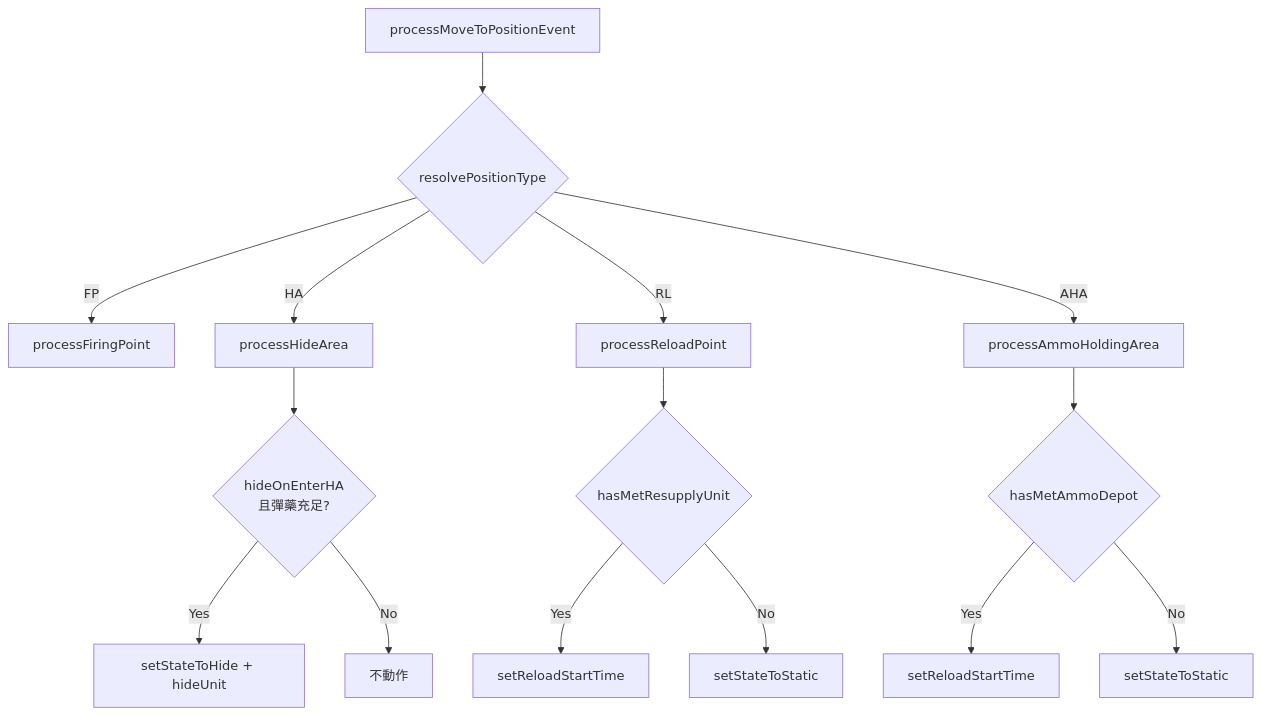
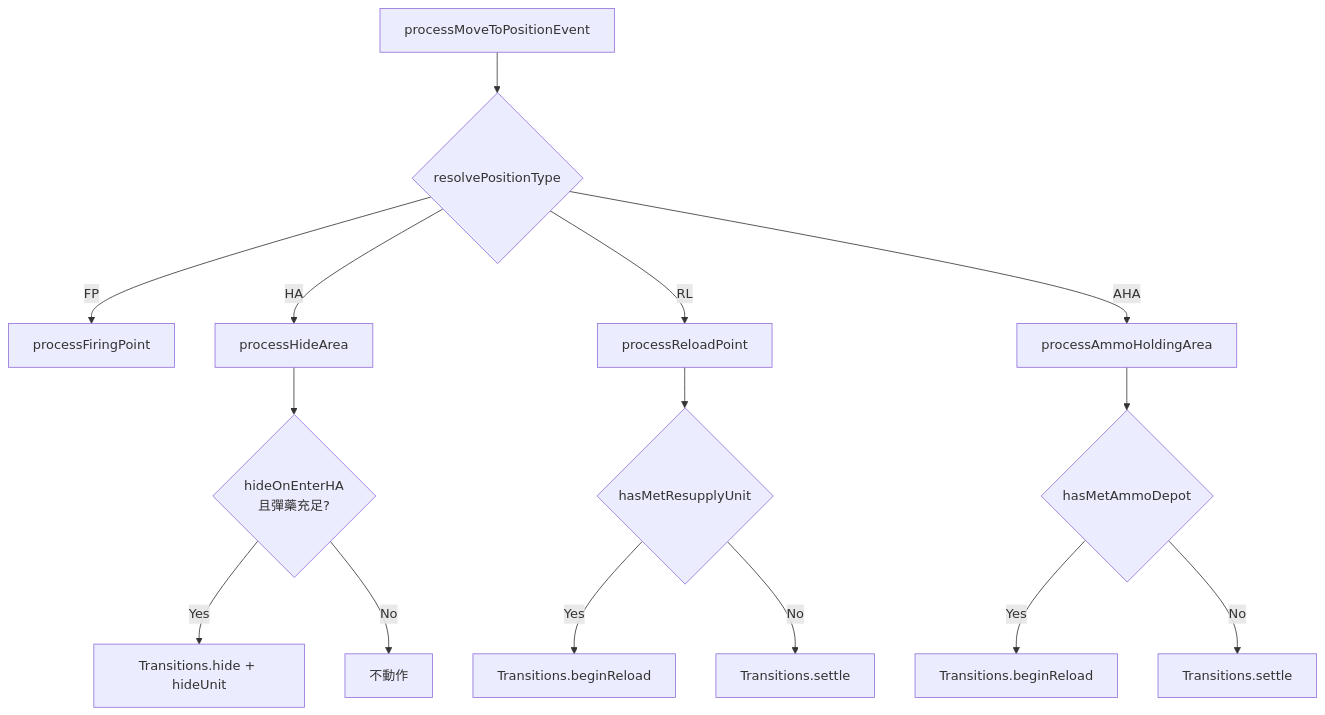
One commit to pullupjumper/formosa-in-flames changed the diagram in docs/missileSystem/init.md. Above: the diagram before and after it, drawn with Mermaid. The commit also changed other lines of this file and 15 other files, not shown here.

````diff
--- a/docs/missileSystem/init.md
+++ b/docs/missileSystem/init.md
@@ -29,20 +29,20 @@
 ```mermaid
 flowchart TD
     A[processMoveToPositionEvent] --> B{resolvePositionType}
     B -->|FP| C[processFiringPoint]
     B -->|HA| D[processHideArea]
     B -->|RL| E[processReloadPoint]
     B -->|AHA| F[processAmmoHoldingArea]
 
     D --> M{hideOnEnterHA<br/>且彈藥充足?}
-    M -->|Yes| N[setStateToHide + hideUnit]
+    M -->|Yes| N[Transitions.hide + hideUnit]
     M -->|No| O[不動作]
 
     E --> G{hasMetResupplyUnit}
-    G -->|Yes| H[setReloadStartTime]
-    G -->|No| I[setStateToStatic]
+    G -->|Yes| H[Transitions.beginReload]
+    G -->|No| I[Transitions.settle]
 
     F --> J{hasMetAmmoDepot}
-    J -->|Yes| K[setReloadStartTime]
-    J -->|No| L[setStateToStatic]
+    J -->|Yes| K[Transitions.beginReload]
+    J -->|No| L[Transitions.settle]
 ```
````
